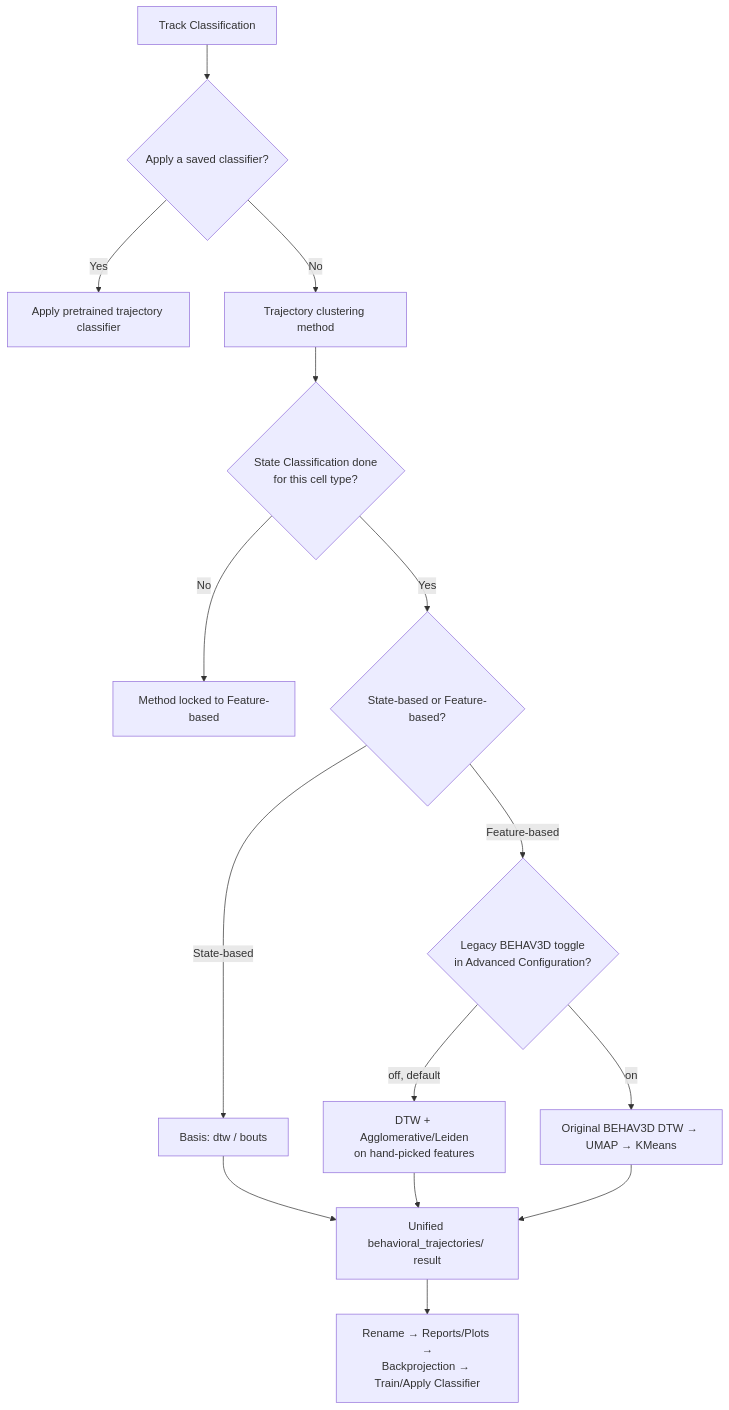
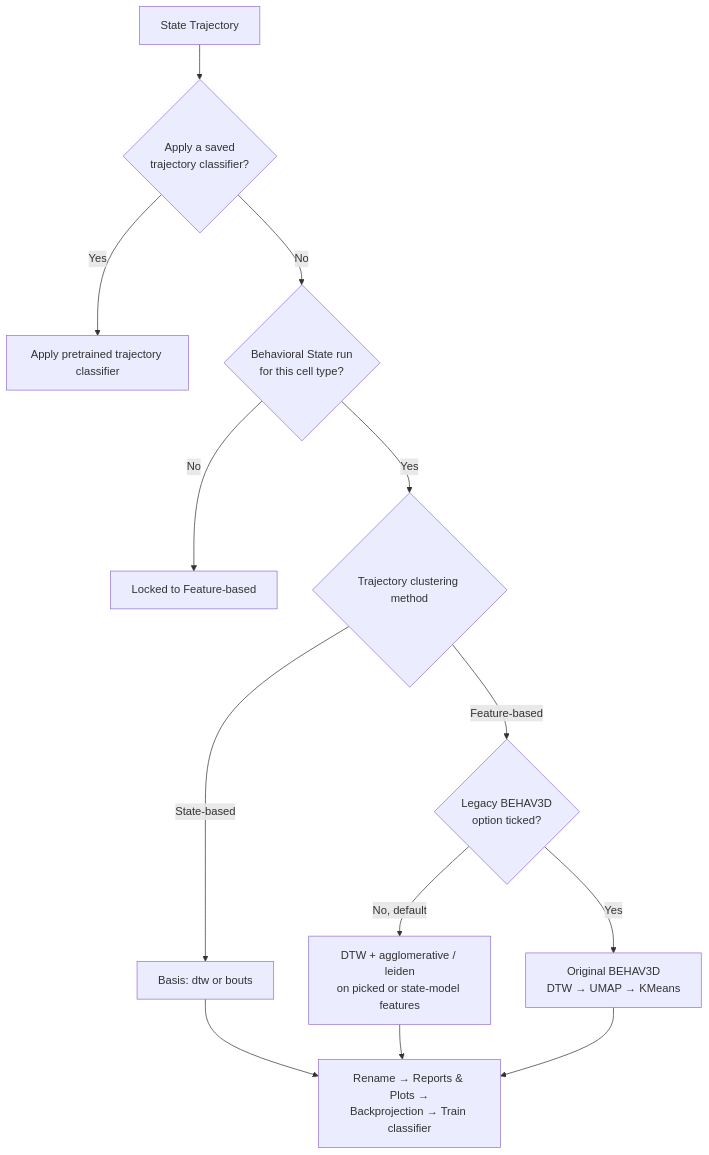
Before and after one commit to imAIgene-Dream3D/BEHAV3D-Explorer: the diagram in docs/source/analysis/single_cell/track_classification.md, drawn with Mermaid. The commit also changed other lines of this file and 52 other files, not shown here.

````diff
--- a/docs/source/analysis/single_cell/track_classification.md
+++ b/docs/source/analysis/single_cell/track_classification.md
@@ -41,17 +32,15 @@
 ```{mermaid}
 flowchart TD
-    A[Track Classification] --> B{Apply a saved classifier?}
+    A[State Trajectory] --> B{Apply a saved<br/>trajectory classifier?}
     B -->|Yes| C[Apply pretrained trajectory classifier]
-    B -->|No| D[Trajectory clustering method]
-    D --> E{State Classification done<br/>for this cell type?}
-    E -->|No| F[Method locked to Feature-based]
-    E -->|Yes| G{State-based or Feature-based?}
-    G -->|State-based| H[Basis: dtw / bouts]
-    G -->|Feature-based| I{Legacy BEHAV3D toggle<br/>in Advanced Configuration?}
-    I -->|off, default| J[DTW + Agglomerative/Leiden<br/>on hand-picked features]
-    I -->|on| K[Original BEHAV3D DTW → UMAP → KMeans]
-    H --> L[Unified behavioral_trajectories/ result]
+    B -->|No| E{Behavioral State run<br/>for this cell type?}
+    E -->|No| F[Locked to Feature-based]
+    E -->|Yes| G{Trajectory clustering method}
+    G -->|State-based| H[Basis: dtw or bouts]
+    G -->|Feature-based| I{Legacy BEHAV3D<br/>option ticked?}
+    I -->|No, default| J[DTW + agglomerative / leiden<br/>on picked or state-model features]
+    I -->|Yes| K[Original BEHAV3D<br/>DTW → UMAP → KMeans]
+    H --> L[Rename → Reports & Plots →<br/>Backprojection → Train classifier]
     J --> L
     K --> L
-    L --> M[Rename → Reports/Plots →<br/>Backprojection → Train/Apply Classifier]
 ```
````
